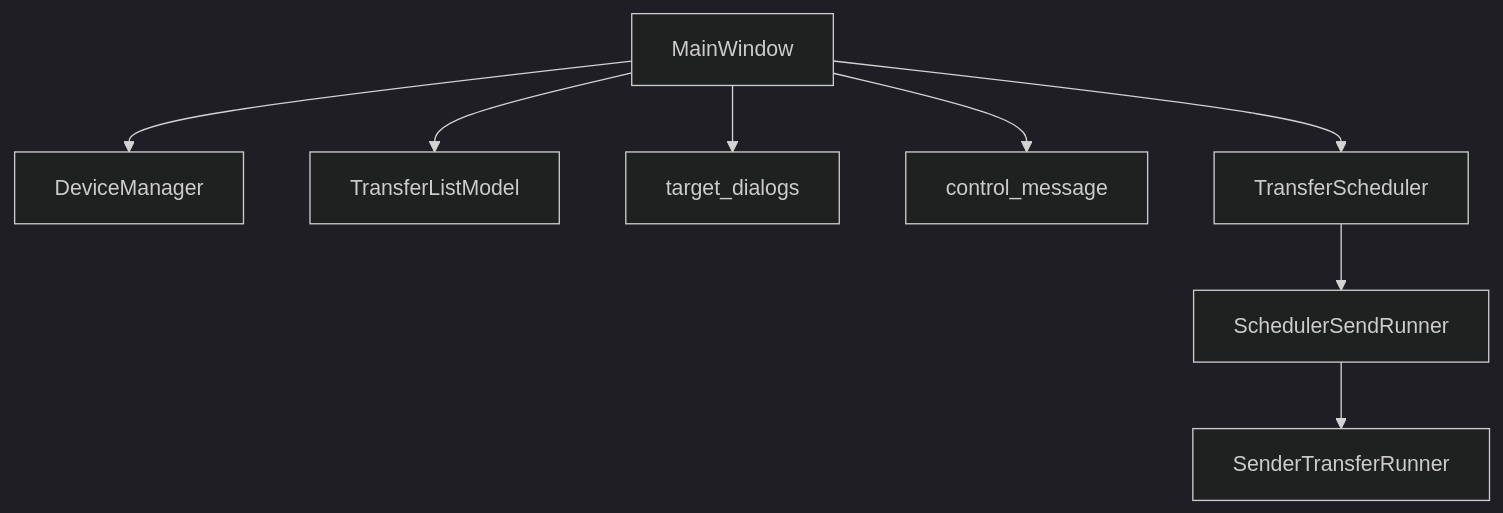
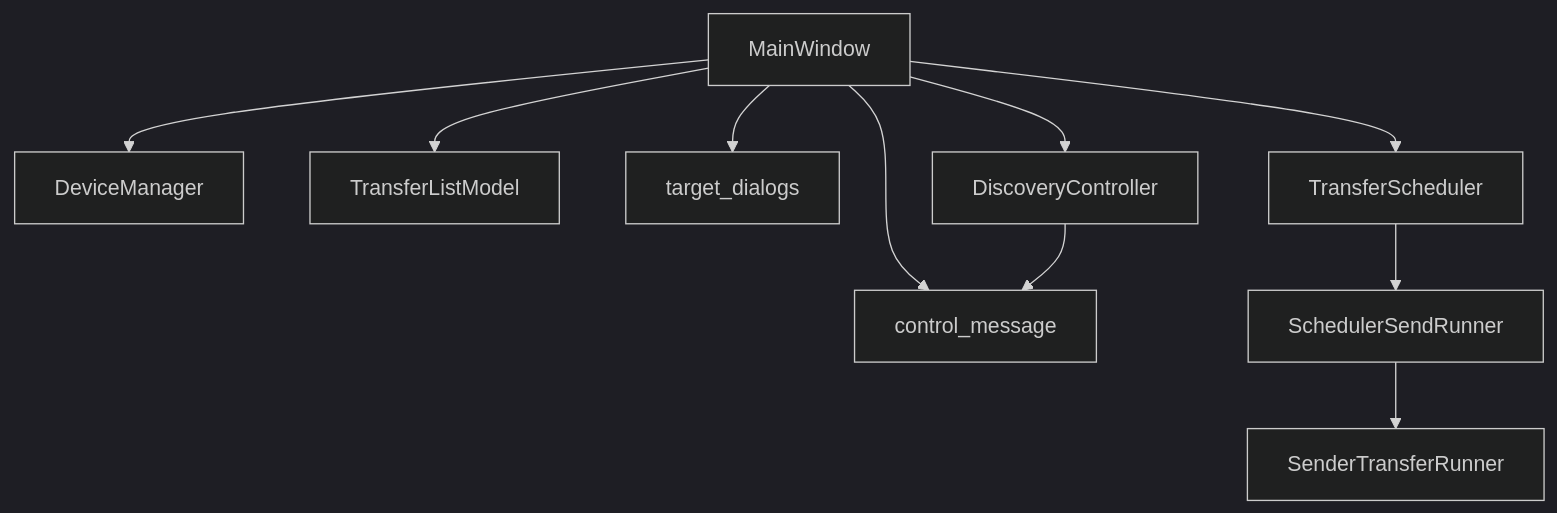
Diagram 19 of 20 in docs/development-log.zh_CN.md (dengzhongyuan365-dev/filetransfer), drawn with Mermaid (dark theme) before and after one commit. The commit also changed other lines of this file and 7 other files, not shown here.

Commit message:
refactor: extract discovery controller

````diff
--- a/docs/development-log.zh_CN.md
+++ b/docs/development-log.zh_CN.md
@@ -1144,10 +1144,12 @@
 ```mermaid
 graph TD
     A["MainWindow"] --> B["DeviceManager"]
     A --> C["TransferListModel"]
     A --> D["target_dialogs"]
     A --> E["control_message"]
+    A --> I["DiscoveryController"]
+    I --> E
     A --> F["TransferScheduler"]
     F --> G["SchedulerSendRunner"]
     G --> H["SenderTransferRunner"]
 ```
````
